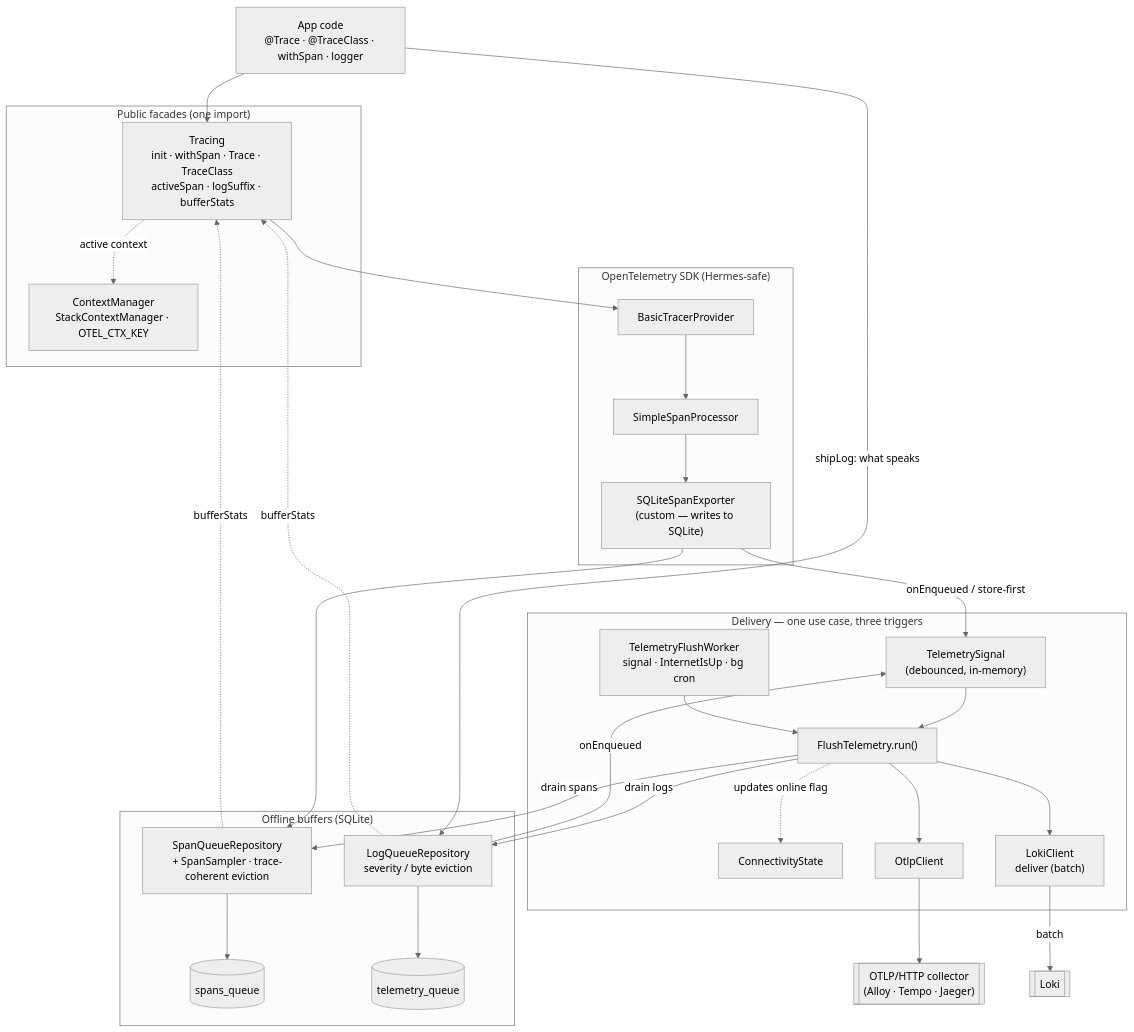
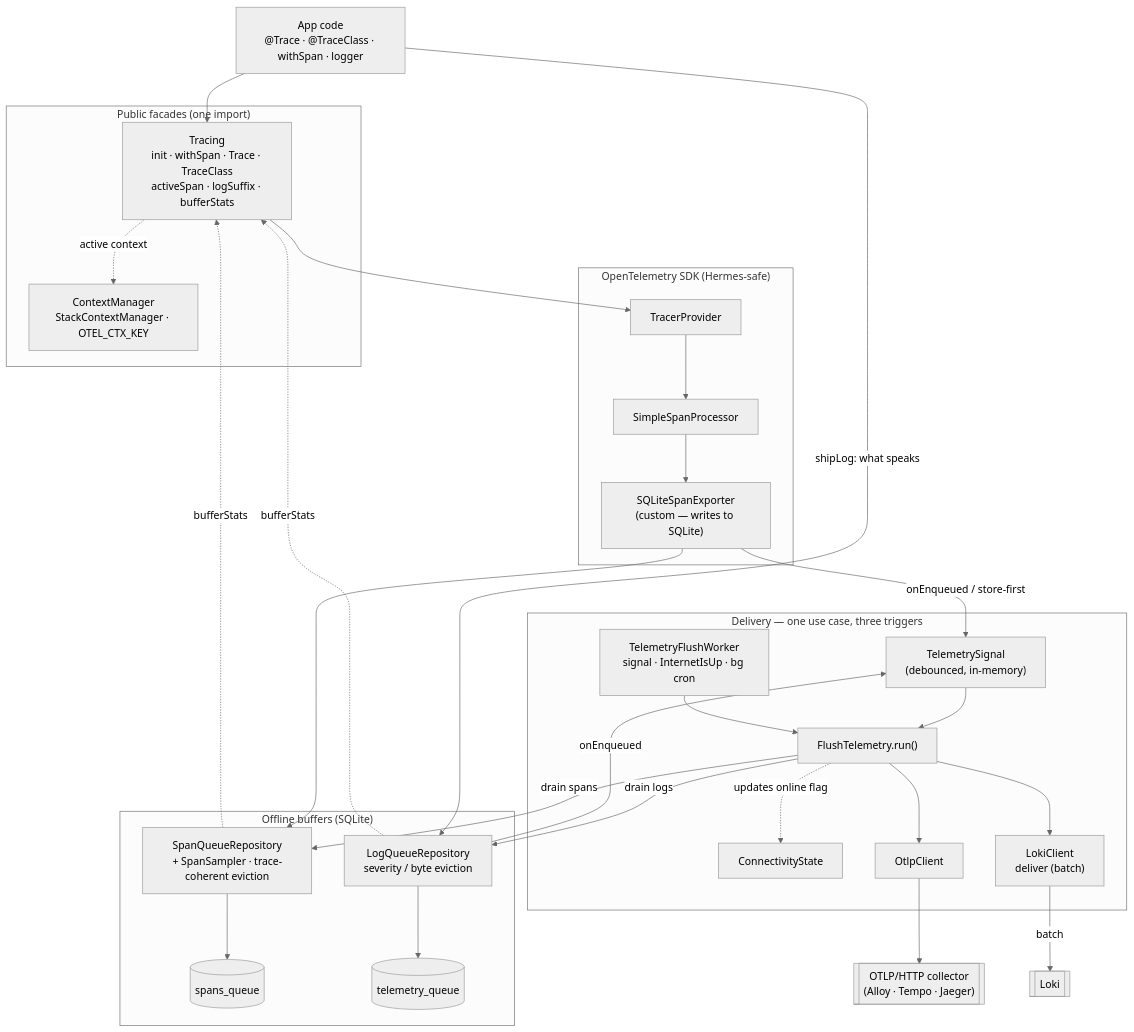
Before and after one commit to Sincpro-SRL/sincpro_mobile: the first of 4 diagrams in docs/architecture-telemetry.md, drawn with Mermaid (neutral theme). The commit also changed 16 other files, not shown here.

````diff
--- a/docs/architecture-telemetry.md
+++ b/docs/architecture-telemetry.md
@@ -28,58 +28,58 @@
 ```mermaid
 flowchart TB
     app["App code<br/>@Trace · @TraceClass · withSpan · logger"]
 
     subgraph FACADE["Public facades (one import)"]
         tracing["Tracing<br/>init · withSpan · Trace · TraceClass<br/>activeSpan · logSuffix · bufferStats"]
         ctx["ContextManager<br/>StackContextManager · OTEL_CTX_KEY"]
     end
 
     subgraph SDK["OpenTelemetry SDK (Hermes-safe)"]
-        provider["BasicTracerProvider"]
+        provider["TracerProvider"]
         proc["SimpleSpanProcessor"]
         exporter["SQLiteSpanExporter<br/>(custom — writes to SQLite)"]
     end
 
     subgraph BUFFERS["Offline buffers (SQLite)"]
         spanRepo["SpanQueueRepository<br/>+ SpanSampler · trace-coherent eviction"]
         logRepo["LogQueueRepository<br/>severity / byte eviction"]
         spansTbl[("spans_queue")]
         logsTbl[("telemetry_queue")]
     end
 
     subgraph DELIVERY["Delivery — one use case, three triggers"]
         signal["TelemetrySignal<br/>(debounced, in-memory)"]
         worker["TelemetryFlushWorker<br/>signal · InternetIsUp · bg cron"]
         flush["FlushTelemetry.run()"]
         conn["ConnectivityState"]
         loki["LokiClient<br/>deliver (batch)"]
         otlp["OtlpClient"]
     end
 
     collector[["OTLP/HTTP collector<br/>(Alloy · Tempo · Jaeger)"]]
     lokiSrv[["Loki"]]
 
     app --> tracing
     app -->|shipLog: what speaks| logRepo
     tracing --> provider
     tracing -.->|active context| ctx
     provider --> proc
     proc --> exporter
     exporter --> spanRepo
     spanRepo --> spansTbl
     exporter -->|onEnqueued / store-first| signal
     logRepo -->|onEnqueued| signal
     logRepo --> logsTbl
 
     signal --> flush
     worker --> flush
     flush -->|drain logs| logRepo
     flush -->|drain spans| spanRepo
     flush --> loki
     loki -->|batch| lokiSrv
     flush --> otlp
     otlp --> collector
     flush -.->|updates online flag| conn
     spanRepo -.->|bufferStats| tracing
     logRepo -.->|bufferStats| tracing
 ```
````
